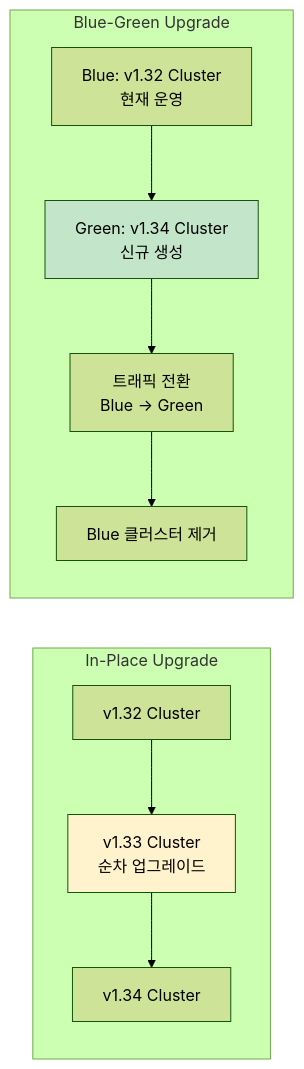
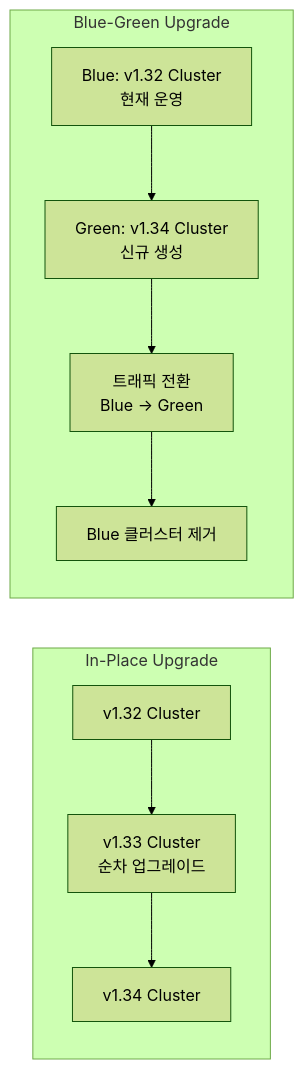
One commit to juwon8891/juwon8891.github.io changed the seventh of 8 diagrams in docs/k8s-deploy/week3-kubeadm-upgrade.md. Above: the diagram before and after it, drawn with Mermaid (forest theme). The commit also changed other lines of this file and 18 other files, not shown here.

Commit message:
Remove bright colors from Mermaid diagrams for dark mode compatibility

````diff
--- a/docs/k8s-deploy/week3-kubeadm-upgrade.md
+++ b/docs/k8s-deploy/week3-kubeadm-upgrade.md
@@ -872,16 +854,14 @@
 ```mermaid
 graph LR
     subgraph "In-Place Upgrade"
         A1["v1.32 Cluster"] --> A2["v1.33 Cluster<br>순차 업그레이드"]
         A2 --> A3["v1.34 Cluster"]
     end
 
     subgraph "Blue-Green Upgrade"
         B1["Blue: v1.32 Cluster<br>현재 운영"] --> B2["Green: v1.34 Cluster<br>신규 생성"]
         B2 --> B3["트래픽 전환<br>Blue → Green"]
         B3 --> B4["Blue 클러스터 제거"]
     end
 
-    style A2 fill:#fff3cd
-    style B2 fill:#c3e6cb
 ```
````
